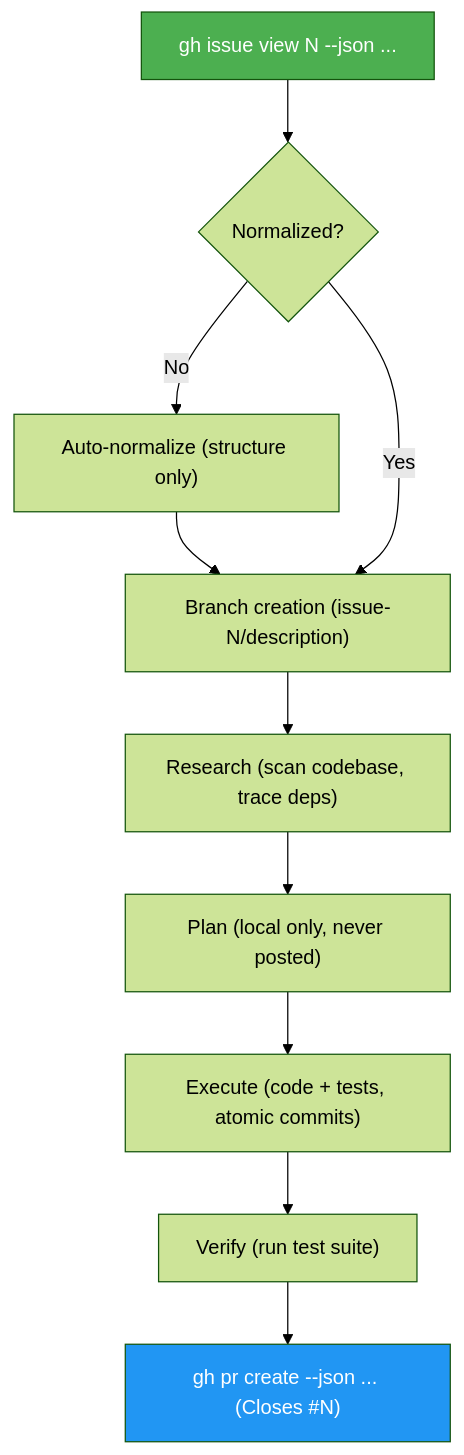
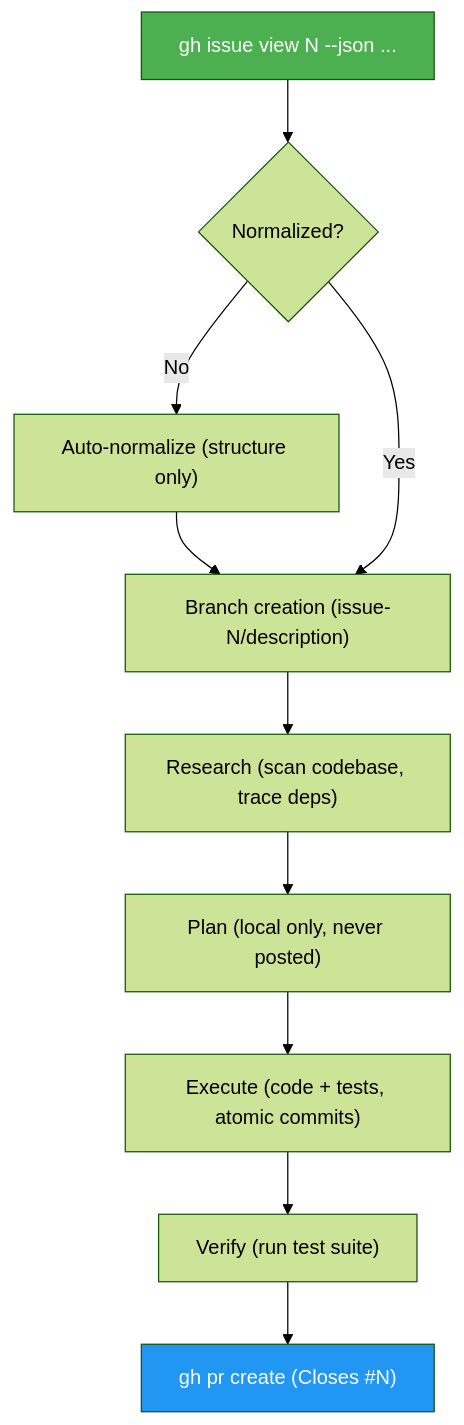
The third of 4 diagrams in docs/ARCHITECTURE.md (luongnv89/idd), drawn with Mermaid (forest theme) before and after one commit. The commit also changed 1 other file, not shown here.

Commit message:
fix(issue-resolver): remove invalid --json flag from gh pr create (#17)

````diff
--- a/docs/ARCHITECTURE.md
+++ b/docs/ARCHITECTURE.md
@@ -82,15 +82,15 @@
 ```mermaid
 graph TD
     A["gh issue view N --json ..."] --> B{Normalized?}
     B -- No --> C["Auto-normalize (structure only)"]
     C --> D
     B -- Yes --> D["Branch creation (issue-N/description)"]
     D --> E["Research (scan codebase, trace deps)"]
     E --> F["Plan (local only, never posted)"]
     F --> G["Execute (code + tests, atomic commits)"]
     G --> H["Verify (run test suite)"]
-    H --> I["gh pr create --json ... (Closes #N)"]
+    H --> I["gh pr create (Closes #N)"]
 
     style A fill:#4CAF50,color:#fff
     style I fill:#2196F3,color:#fff
 ```
````
